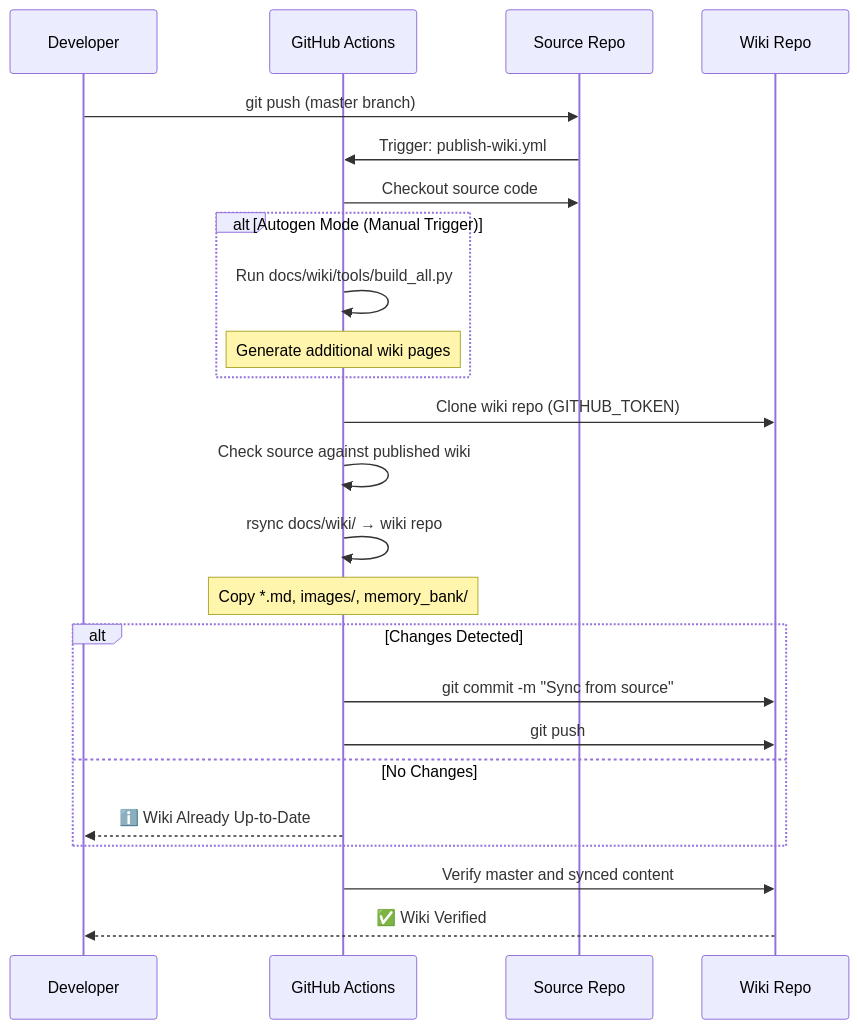
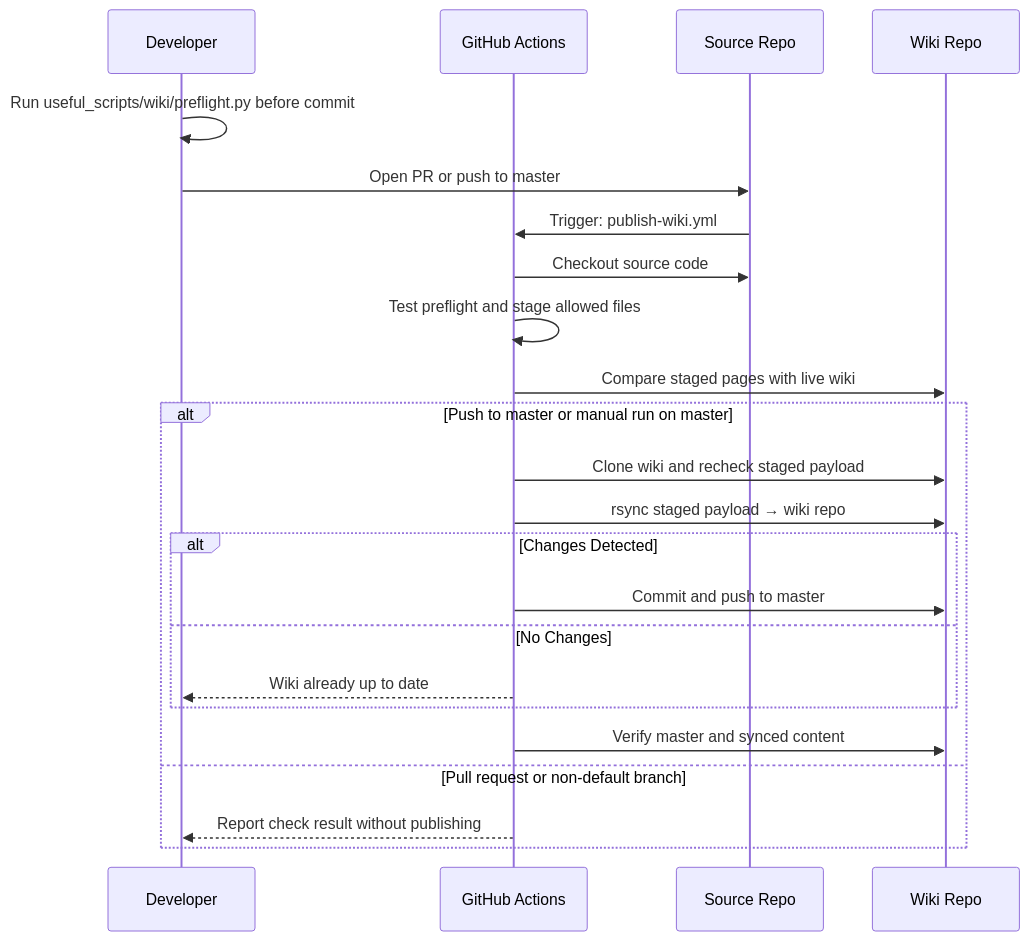
Before and after one commit to seadogger-tech/seadogger-homelab: the second of 5 diagrams in docs/wiki/15-CI-CD-and-GitHub-Actions.md, drawn with Mermaid. The commit also changed other lines of this file and 7 other files, not shown here.

Commit message:
ci(core): publish only checked wiki payload

````diff
--- a/docs/wiki/15-CI-CD-and-GitHub-Actions.md
+++ b/docs/wiki/15-CI-CD-and-GitHub-Actions.md
@@ -118,30 +120,27 @@
 ```mermaid
 sequenceDiagram
     participant Dev as Developer
     participant GH as GitHub Actions
     participant Source as Source Repo
     participant Wiki as Wiki Repo
 
-    Dev->>Source: git push (master branch)
+    Dev->>Dev: Run useful_scripts/wiki/preflight.py before commit
+    Dev->>Source: Open PR or push to master
     Source->>GH: Trigger: publish-wiki.yml
     GH->>Source: Checkout source code
+    GH->>GH: Test preflight and stage allowed files
+    GH->>Wiki: Compare staged pages with live wiki
 
-    alt Autogen Mode (Manual Trigger)
-        GH->>GH: Run docs/wiki/tools/build_all.py
-        Note over GH: Generate additional wiki pages
+    alt Push to master or manual run on master
+        GH->>Wiki: Clone wiki and recheck staged payload
+        GH->>Wiki: rsync staged payload → wiki repo
+        alt Changes Detected
+            GH->>Wiki: Commit and push to master
+        else No Changes
+            GH-->>Dev: Wiki already up to date
+        end
+        GH->>Wiki: Verify master and synced content
+    else Pull request or non-default branch
+        GH-->>Dev: Report check result without publishing
     end
-
-    GH->>Wiki: Clone wiki repo (GITHUB_TOKEN)
-    GH->>GH: Check source against published wiki
-    GH->>GH: rsync docs/wiki/ → wiki repo
-    Note over GH: Copy *.md, images/, memory_bank/
-
-    alt Changes Detected
-        GH->>Wiki: git commit -m "Sync from source"
-        GH->>Wiki: git push
-    else No Changes
-        GH-->>Dev: ℹ️ Wiki Already Up-to-Date
-    end
-    GH->>Wiki: Verify master and synced content
-    Wiki-->>Dev: ✅ Wiki Verified
 ```
````
